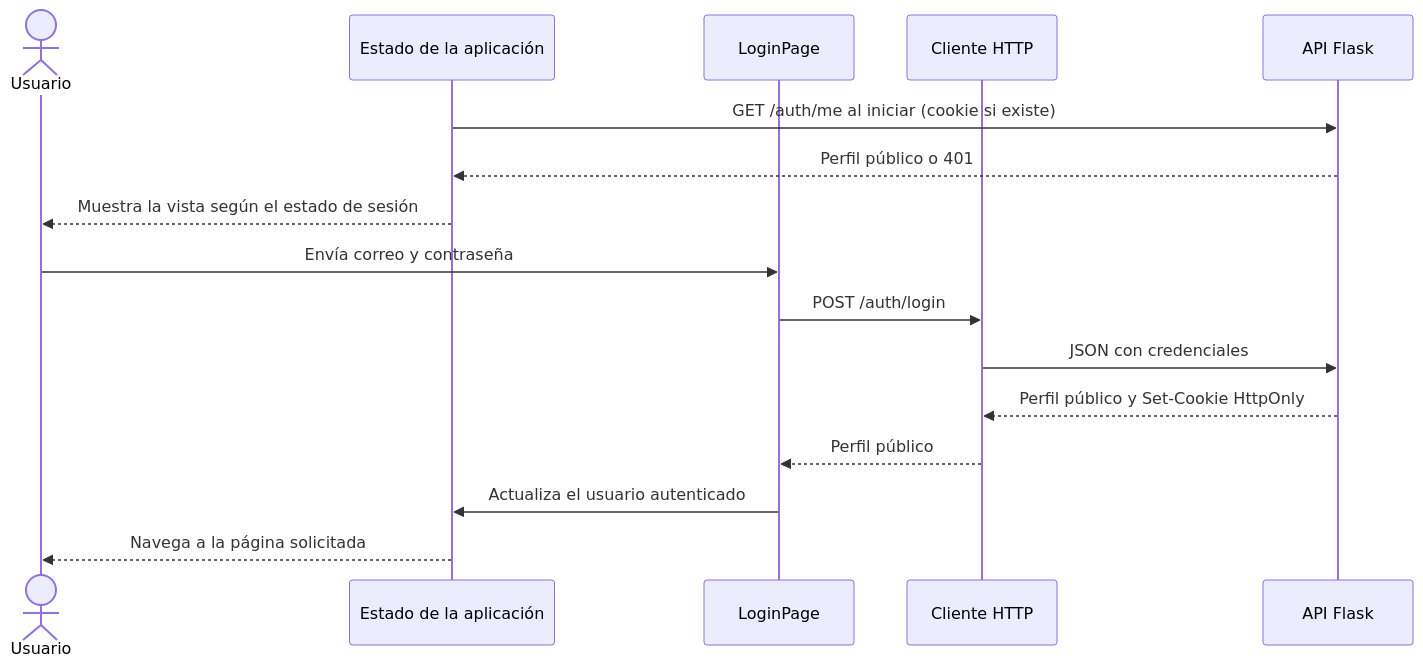
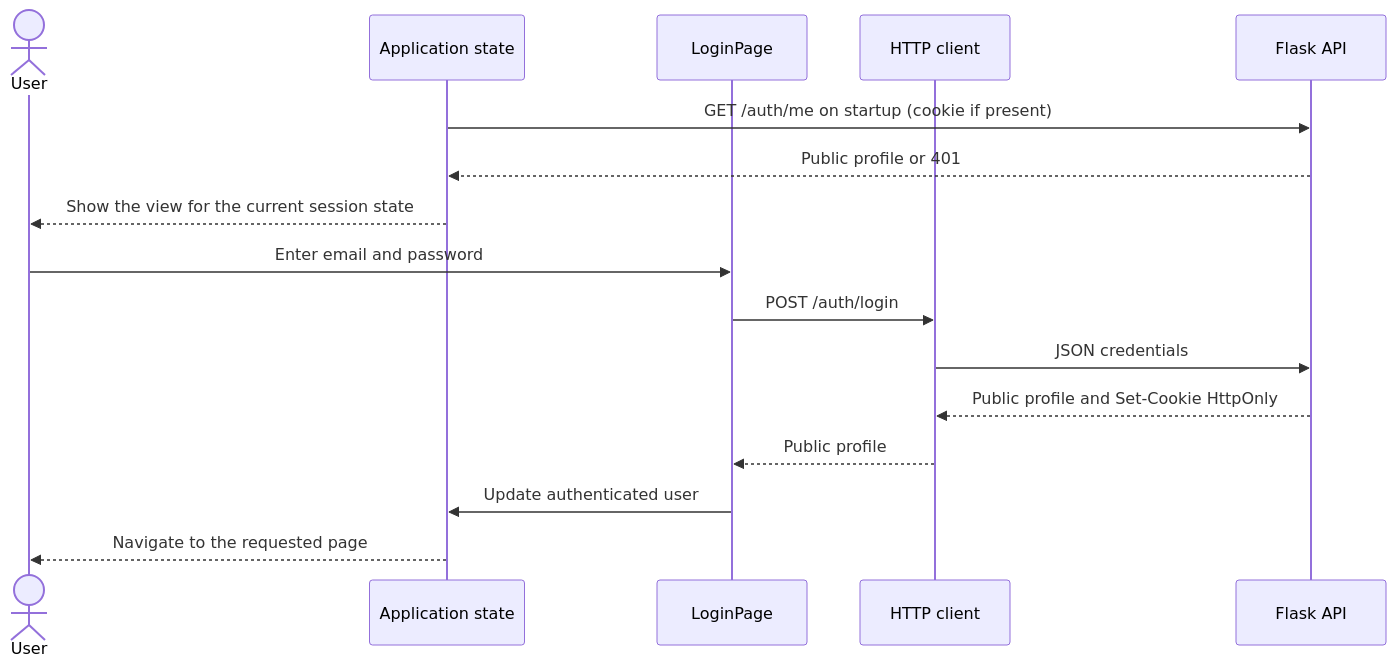
One commit to Deiwin-Ignacio-Monsalve-Altamar/mis-eventos-platform changed the second of 2 diagrams in frontend/README.md. Above: the diagram before and after it, drawn with Mermaid. The commit also changed other lines of this file and 7 other files, not shown here.

````diff
--- a/frontend/README.md
+++ b/frontend/README.md
@@ -31,18 +31,18 @@
 ```mermaid
 sequenceDiagram
-    actor Usuario
-    participant App as Estado de la aplicación
+    actor User
+    participant App as Application state
     participant Login as LoginPage
-    participant API as Cliente HTTP
-    participant Backend as API Flask
-    App->>Backend: GET /auth/me al iniciar (cookie si existe)
-    Backend-->>App: Perfil público o 401
-    App-->>Usuario: Muestra la vista según el estado de sesión
-    Usuario->>Login: Envía correo y contraseña
+    participant API as HTTP client
+    participant Backend as Flask API
+    App->>Backend: GET /auth/me on startup (cookie if present)
+    Backend-->>App: Public profile or 401
+    App-->>User: Show the view for the current session state
+    User->>Login: Enter email and password
     Login->>API: POST /auth/login
-    API->>Backend: JSON con credenciales
-    Backend-->>API: Perfil público y Set-Cookie HttpOnly
-    API-->>Login: Perfil público
-    Login->>App: Actualiza el usuario autenticado
-    App-->>Usuario: Navega a la página solicitada
+    API->>Backend: JSON credentials
+    Backend-->>API: Public profile and Set-Cookie HttpOnly
+    API-->>Login: Public profile
+    Login->>App: Update authenticated user
+    App-->>User: Navigate to the requested page
 ```
````
